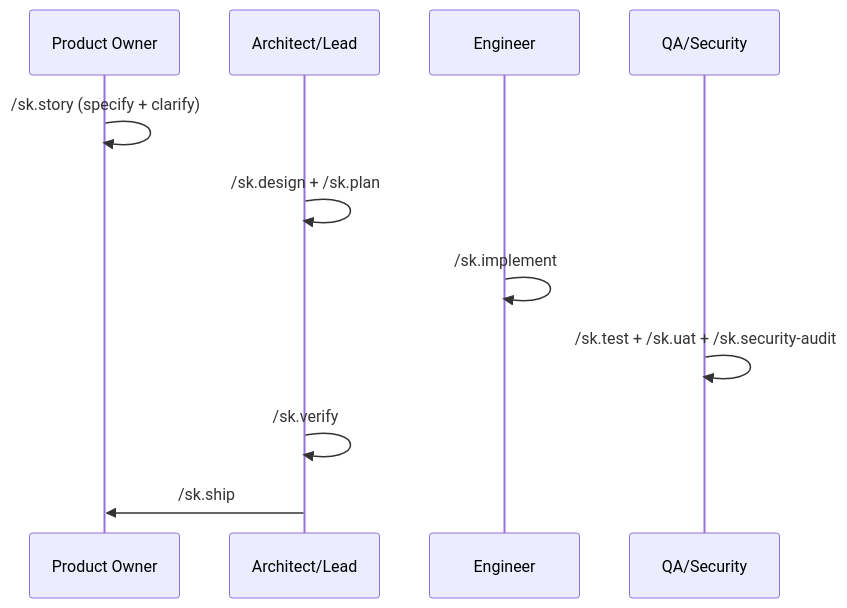
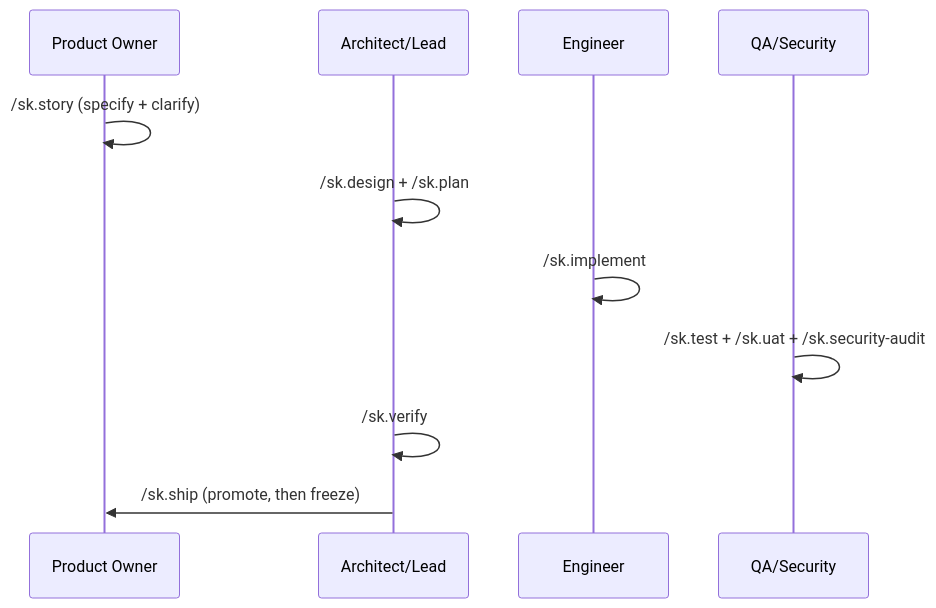
One commit to ajorobert/SpecPipeline changed the second of 2 diagrams in README.md. Above: the diagram before and after it, drawn with Mermaid. The commit also changed other lines of this file and 240 other files, not shown here.

````diff
--- a/README.md
+++ b/README.md
@@ -152,14 +218,14 @@
 ```mermaid
 sequenceDiagram
     participant PO as Product Owner
     participant AR as Architect/Lead
     participant DEV as Engineer
     participant QA as QA/Security
 
     PO->>PO: /sk.story (specify + clarify)
     AR->>AR: /sk.design + /sk.plan
     DEV->>DEV: /sk.implement
     QA->>QA: /sk.test + /sk.uat + /sk.security-audit
     AR->>AR: /sk.verify
-    AR->>PO: /sk.ship
+    AR->>PO: /sk.ship (promote, then freeze)
 ```
````
